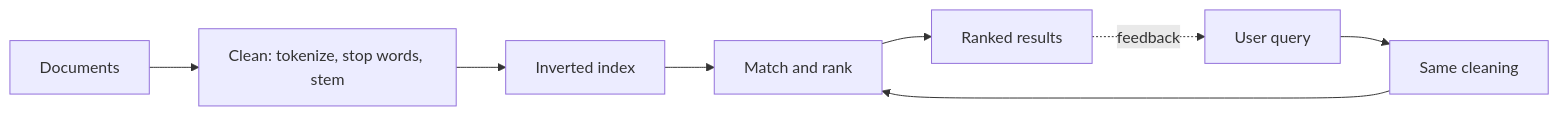
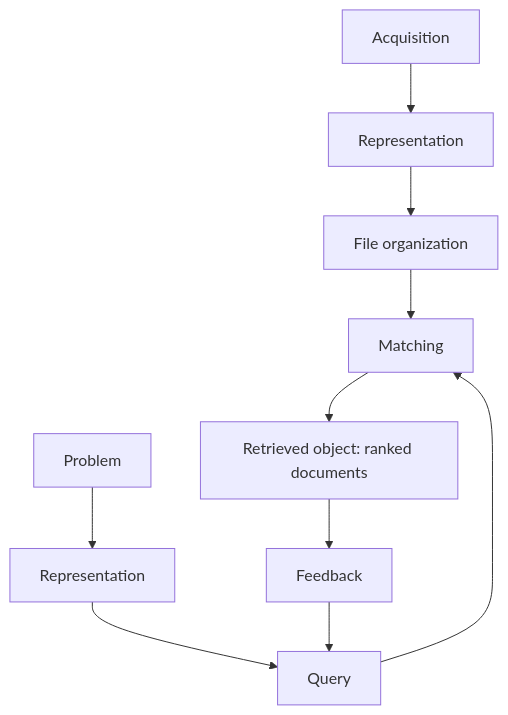
Before and after one commit to TrendySloth1001/sem-seven-notes: the diagram in content/natural-language-processing/pyq/2024-05-ce/q6b.mdx, drawn with Mermaid. The commit also changed other lines of this file and 406 other files, not shown here.

````diff
--- a/content/natural-language-processing/pyq/2024-05-ce/q6b.mdx
+++ b/content/natural-language-processing/pyq/2024-05-ce/q6b.mdx
@@ -17,9 +17,9 @@
 ```mermaid
-%% caption: Offline, documents are cleaned and indexed. Online, the query goes through the same cleaning, is matched against the index and the results are ranked.
-flowchart LR
-  D["Documents"] --> P["Clean: tokenize, stop words, stem"] --> I["Inverted index"]
-  Q["User query"] --> P2["Same cleaning"] --> M["Match and rank"]
-  I --> M
-  M --> R["Ranked results"]
-  R -.->|"feedback"| Q
+%% caption: The IR process: both sides meet at matching, and feedback improves the next search.
+flowchart TD
+  A["Acquisition"] --> B["Representation"] --> C["File organization"] --> M["Matching"]
+  P["Problem"] --> Q["Representation"] --> R["Query"] --> M
+  M --> O["Retrieved object: ranked documents"]
+  O --> F["Feedback"]
+  F --> R
 ```
````
